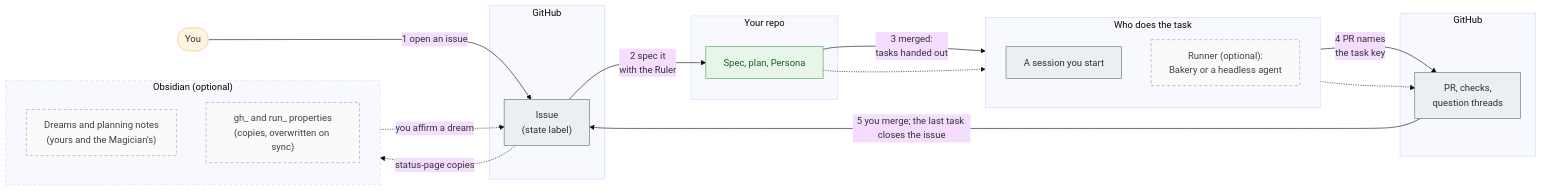
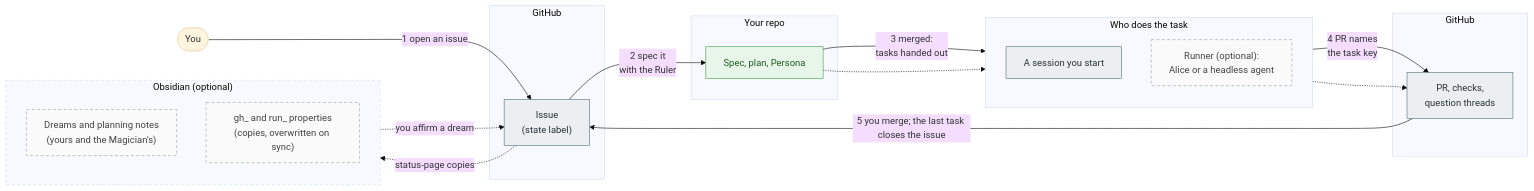
One commit to aglowinthefield/unconscious-development changed the first of 2 diagrams in docs/Development flow.md. Above: the diagram before and after it, drawn with Mermaid (base theme). The commit also changed other lines of this file and 12 other files, not shown here.

First line of the commit message:
Rename the Bakery runner to Alice (#33)

````diff
--- a/docs/Development flow.md
+++ b/docs/Development flow.md
@@ -12,47 +12,47 @@
 ```mermaid
 flowchart LR
   Self(["You"])
 
   subgraph GH1["GitHub"]
     Issues["Issue<br/>(state label)"]
   end
 
   subgraph Repo["Your repo"]
     Specs["Spec, plan, Persona"]
   end
 
   subgraph Do["Who does the task"]
     direction TB
     Session["A session you start"]
-    Bakery["Runner (optional):<br/>Bakery or a headless agent"]
+    Alice["Runner (optional):<br/>Alice or a headless agent"]
   end
 
   subgraph GH2["GitHub"]
     PRs["PR, checks,<br/>question threads"]
   end
 
   subgraph Vault["Obsidian (optional)"]
     direction TB
     Dreams["Dreams and planning notes<br/>(yours and the Magician's)"]
     Copies["gh_ and run_ properties<br/>(copies, overwritten on sync)"]
   end
 
   Self -- "1 open an issue" --> Issues
   Issues -- "2 spec it<br/>with the Ruler" --> Specs
   Specs -- "3 merged:<br/>tasks handed out" --> Session
-  Specs -.-> Bakery
+  Specs -.-> Alice
   Session -- "4 PR names<br/>the task key" --> PRs
-  Bakery -.-> PRs
+  Alice -.-> PRs
   PRs -- "5 you merge; the last task closes the issue" --> Issues
 
   Dreams -. "you affirm a dream" .-> Issues
   Issues -. "status-page copies" .-> Copies
 
   classDef core fill:#eceff1,stroke:#546e7a,color:#263238
   classDef repo fill:#e8f5e9,stroke:#43a047,color:#1b5e20
   classDef opt fill:#fafafa,stroke:#9e9e9e,stroke-dasharray:5 4,color:#424242
   class Issues,PRs,Session core
   class Specs repo
-  class Dreams,Copies,Bakery opt
+  class Dreams,Copies,Alice opt
   style Vault stroke-dasharray:5 4
 ```
````
